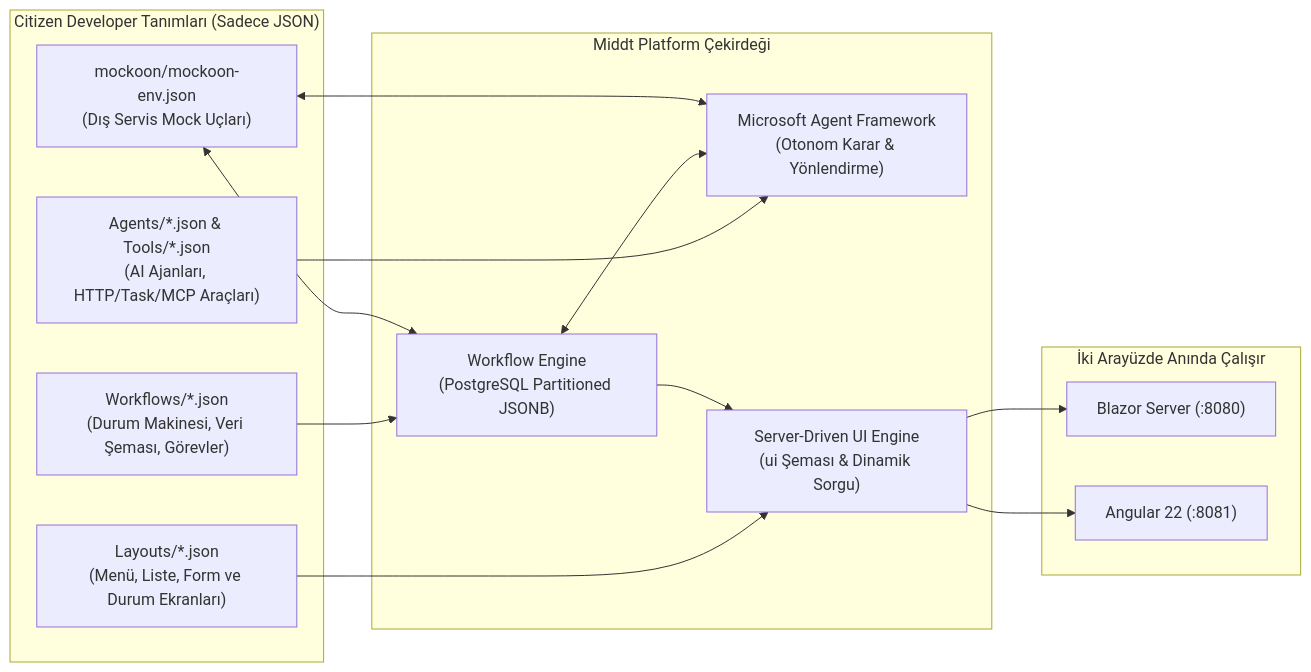
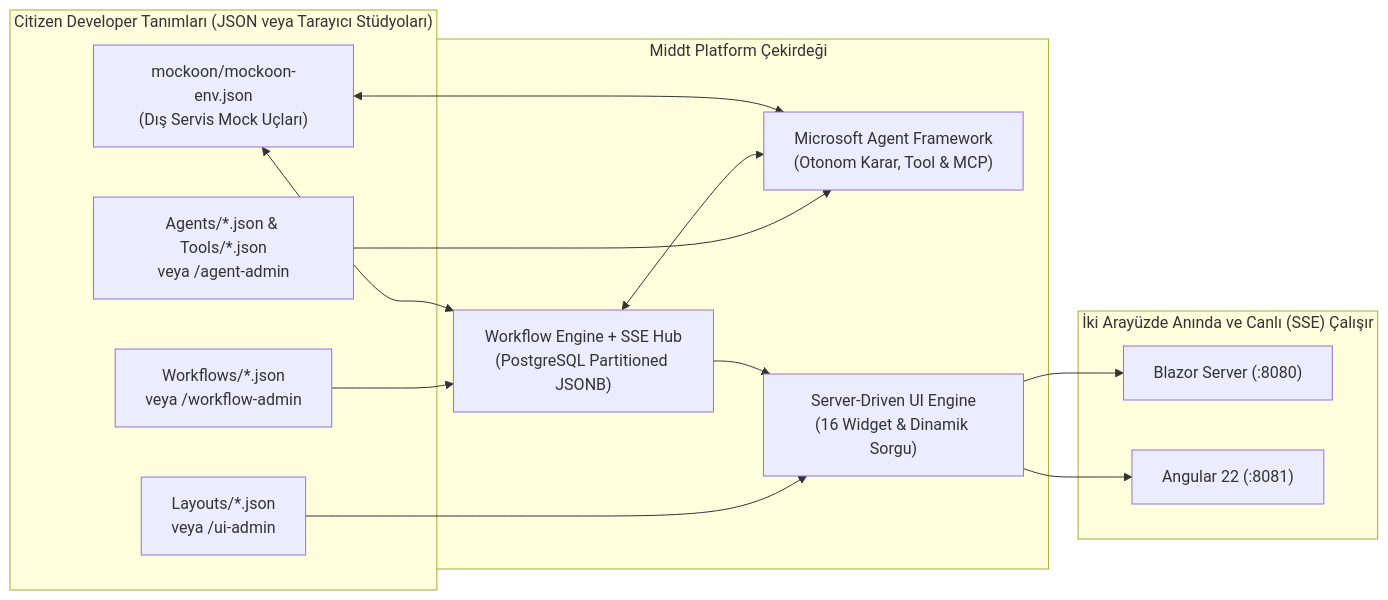
Before and after one commit to middt/middt-platform: the first of 2 diagrams in docs/citizen-developer-guide.md, drawn with Mermaid. The commit also changed other lines of this file and 43 other files, not shown here.

Commit message:
feat(ui,workflow): add stat, tabs, timeline widgets, real-time SSE workflow events, and update docs

````diff
--- a/docs/citizen-developer-guide.md
+++ b/docs/citizen-developer-guide.md
@@ -50,30 +57,30 @@
 ```mermaid
 flowchart LR
-    subgraph CD["Citizen Developer Tanımları (Sadece JSON)"]
-        WF["Workflows/*.json\n(Durum Makinesi, Veri Şeması, Görevler)"]
-        AG["Agents/*.json & Tools/*.json\n(AI Ajanları, HTTP/Task/MCP Araçları)"]
-        LY["Layouts/*.json\n(Menü, Liste, Form ve Durum Ekranları)"]
+    subgraph CD["Citizen Developer Tanımları (JSON veya Tarayıcı Stüdyoları)"]
+        WF["Workflows/*.json\nveya /workflow-admin"]
+        AG["Agents/*.json & Tools/*.json\nveya /agent-admin"]
+        LY["Layouts/*.json\nveya /ui-admin"]
         MK["mockoon/mockoon-env.json\n(Dış Servis Mock Uçları)"]
     end
 
     subgraph Engine["Middt Platform Çekirdeği"]
-        WE["Workflow Engine\n(PostgreSQL Partitioned JSONB)"]
-        AE["Microsoft Agent Framework\n(Otonom Karar & Yönlendirme)"]
-        UI["Server-Driven UI Engine\n(ui Şeması & Dinamik Sorgu)"]
+        WE["Workflow Engine + SSE Hub\n(PostgreSQL Partitioned JSONB)"]
+        AE["Microsoft Agent Framework\n(Otonom Karar, Tool & MCP)"]
+        UI["Server-Driven UI Engine\n(16 Widget & Dinamik Sorgu)"]
     end
 
-    subgraph Frontends["İki Arayüzde Anında Çalışır"]
+    subgraph Frontends["İki Arayüzde Anında ve Canlı (SSE) Çalışır"]
         BL["Blazor Server (:8080)"]
         NG["Angular 22 (:8081)"]
     end
 
     WF --> WE
     AG --> AE
     WE <--> AE
     LY --> UI
     MK <--> WE
     MK <--> AE
     WE --> UI
     UI --> BL
     UI --> NG
 ```
````
